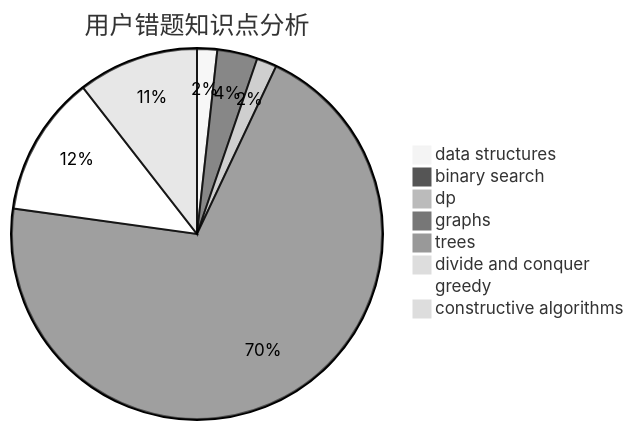
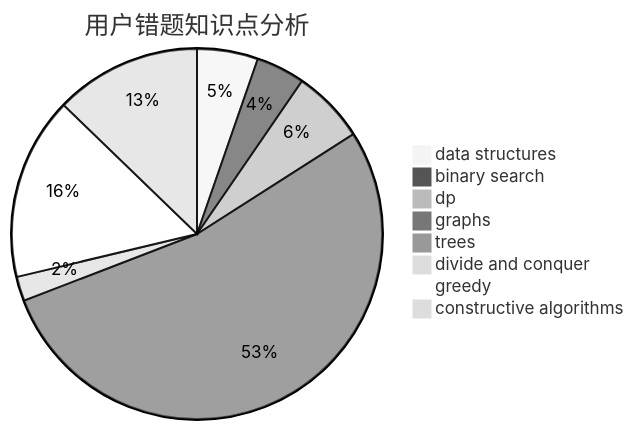
The third of 3 diagrams in docs/user/u993.md (sherpahu/cfrs.github.io), drawn with Mermaid (neutral theme) before and after one commit. The commit also changed other lines of this file and 2770 other files, not shown here.

````diff
--- a/docs/user/u993.md
+++ b/docs/user/u993.md
@@ -36,11 +36,11 @@
 ```mermaid
 pie title 用户错题知识点分析
-    "data structures" :  1
-    "binary search" :  2
-    "dp" :  1
-    "graphs" :  40
+    "data structures" :  5
+    "binary search" :  4
+    "dp" :  6
+    "graphs" :  50
     "trees" :  0
-    "divide and conquer" :  0
-    "greedy" :  7
-    "constructive algorithms" :  6
+    "divide and conquer" :  2
+    "greedy" :  15
+    "constructive algorithms" :  12
 ```
````
